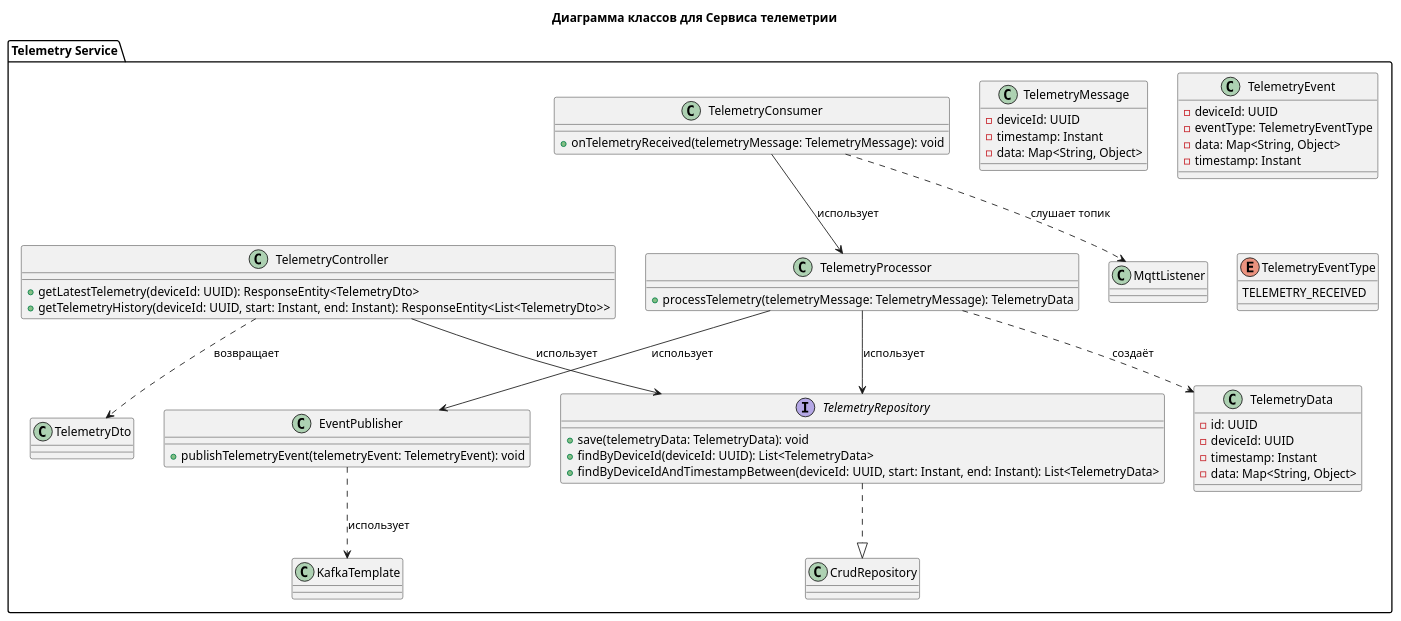
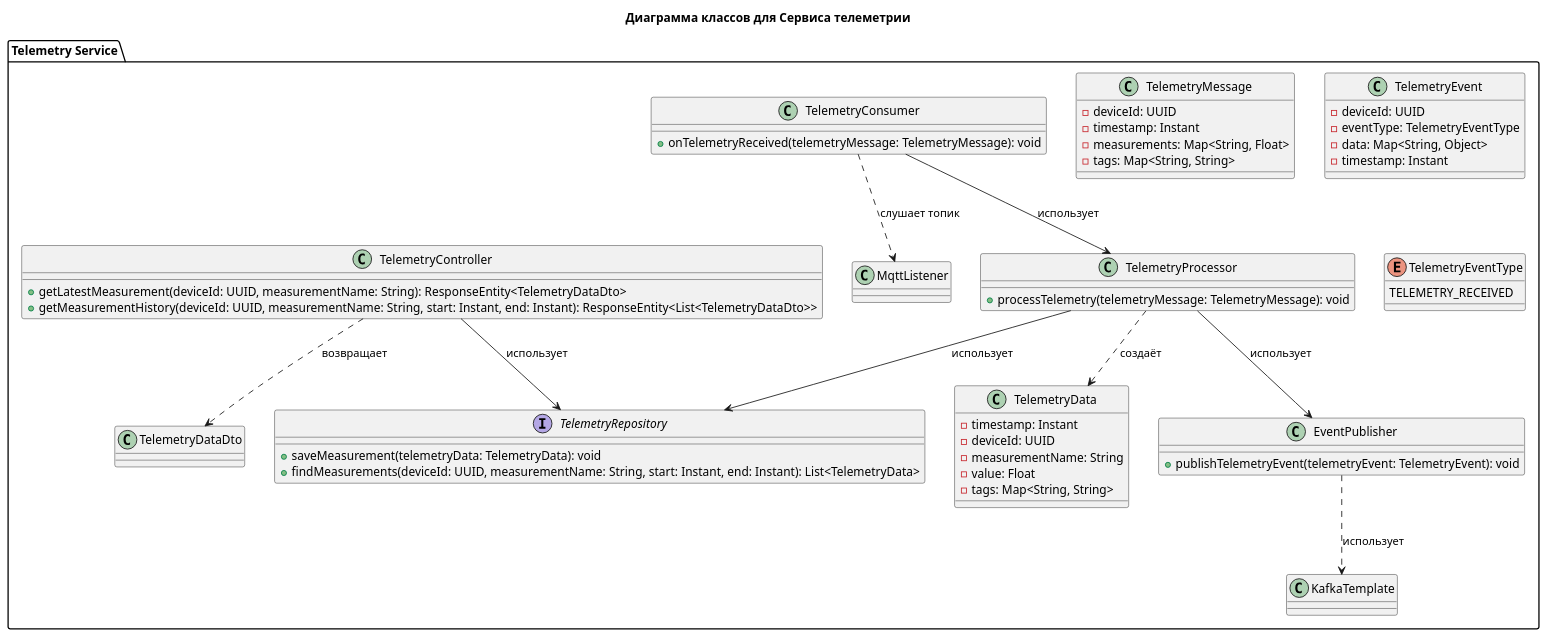
One commit to denrzv/yp-architecture-sprint-3 changed the diagram in diagrams/section-1-2/code/c4_code_telemetry.puml. Above: the diagram before and after it, drawn with PlantUML. The commit also changed 15 other files, not shown here.

```diff
--- a/diagrams/section-1-2/code/c4_code_telemetry.puml
+++ b/diagrams/section-1-2/code/c4_code_telemetry.puml
@@ -1,70 +1,70 @@
 @startuml
 
 title Диаграмма классов для Сервиса телеметрии
 
 package "Telemetry Service" {
 
     class TelemetryConsumer {
         + onTelemetryReceived(telemetryMessage: TelemetryMessage): void
     }
 
+    class EventPublisher {
+            + publishTelemetryEvent(telemetryEvent: TelemetryEvent): void
+    }
+
     class TelemetryProcessor {
-        + processTelemetry(telemetryMessage: TelemetryMessage): TelemetryData
+        + processTelemetry(telemetryMessage: TelemetryMessage): void
     }
 
     interface TelemetryRepository {
-        + save(telemetryData: TelemetryData): void
-        + findByDeviceId(deviceId: UUID): List<TelemetryData>
-        + findByDeviceIdAndTimestampBetween(deviceId: UUID, start: Instant, end: Instant): List<TelemetryData>
+        + saveMeasurement(telemetryData: TelemetryData): void
+        + findMeasurements(deviceId: UUID, measurementName: String, start: Instant, end: Instant): List<TelemetryData>
     }
 
     class TelemetryController {
-        + getLatestTelemetry(deviceId: UUID): ResponseEntity<TelemetryDto>
-        + getTelemetryHistory(deviceId: UUID, start: Instant, end: Instant): ResponseEntity<List<TelemetryDto>>
-    }
-
-    class EventPublisher {
-        + publishTelemetryEvent(telemetryEvent: TelemetryEvent): void
+        + getLatestMeasurement(deviceId: UUID, measurementName: String): ResponseEntity<TelemetryDataDto>
+        + getMeasurementHistory(deviceId: UUID, measurementName: String, start: Instant, end: Instant): ResponseEntity<List<TelemetryDataDto>>
     }
 
     class TelemetryMessage {
         - deviceId: UUID
         - timestamp: Instant
-        - data: Map<String, Object>
+        - measurements: Map<String, Float>
+        - tags: Map<String, String>
     }
 
     class TelemetryData {
-        - id: UUID
+        - timestamp: Instant
         - deviceId: UUID
-        - timestamp: Instant
-        - data: Map<String, Object>
+        - measurementName: String
+        - value: Float
+        - tags: Map<String, String>
     }
 
-    class TelemetryEvent {
-        - deviceId: UUID
-        - eventType: TelemetryEventType
-        - data: Map<String, Object>
-        - timestamp: Instant
-    }
+     class TelemetryEvent {
+            - deviceId: UUID
+            - eventType: TelemetryEventType
+            - data: Map<String, Object>
+            - timestamp: Instant
+        }
 
-    enum TelemetryEventType {
+     enum TelemetryEventType {
         TELEMETRY_RECEIVED
-    }
+     }
 
     ' Взаимосвязи
     TelemetryConsumer --> TelemetryProcessor : использует
     TelemetryProcessor --> TelemetryRepository : использует
+    TelemetryController --> TelemetryRepository : использует
+    TelemetryProcessor ..> TelemetryData : создаёт
+    TelemetryController ..> TelemetryDataDto : возвращает
     TelemetryProcessor --> EventPublisher : использует
-    TelemetryController --> TelemetryRepository : использует
     EventPublisher ..> KafkaTemplate : использует
     TelemetryConsumer ..> MqttListener : слушает топик
-    TelemetryRepository ..|> CrudRepository
-    TelemetryProcessor ..> TelemetryData : создаёт
-    TelemetryController ..> TelemetryDto : возвращает
 
     class KafkaTemplate
     class MqttListener
 
 }
 
 @enduml
```
